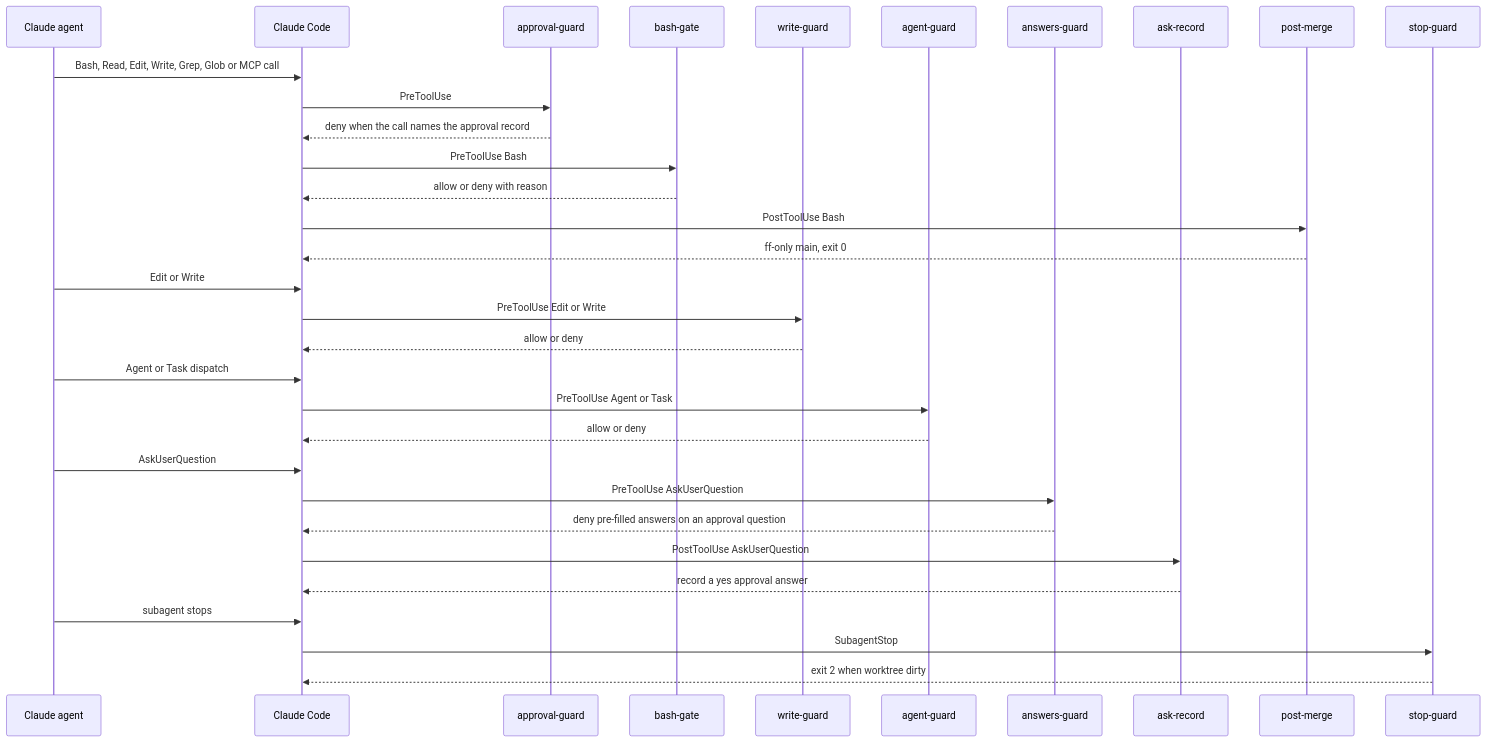
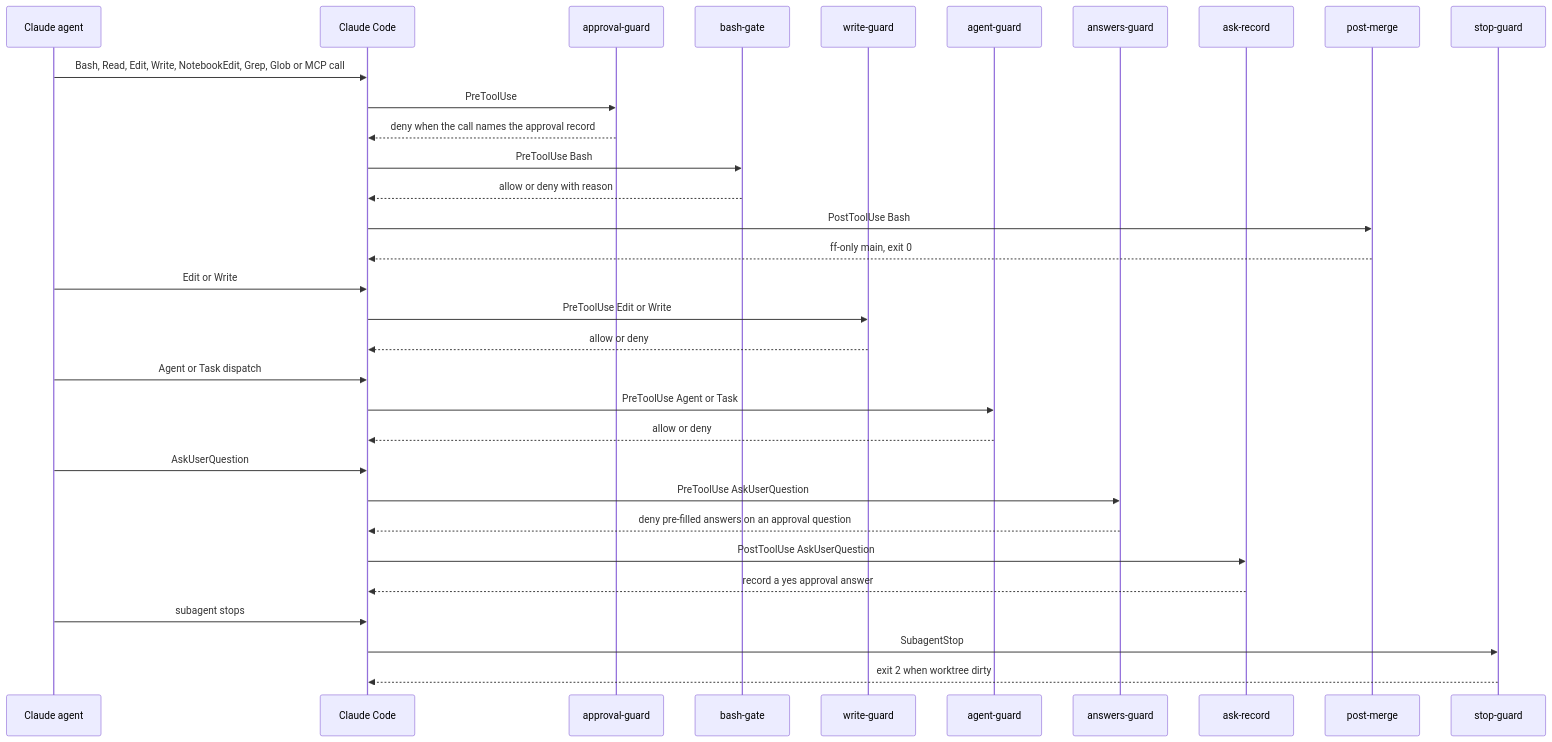
Before and after one commit to mfittko/dev-loops: diagram 11 of 16 in docs/atlas/06-integrations.md, drawn with Mermaid. The commit also changed 7 other files, not shown here.

First line of the commit message:
docs(atlas): fix d101 proof indentation, add NotebookEdit, drop contrast clauses

````diff
--- a/docs/atlas/06-integrations.md
+++ b/docs/atlas/06-integrations.md
@@ -359,34 +359,34 @@
 ```mermaid
 sequenceDiagram
   participant A as Claude agent
   participant CC as Claude Code
   participant AP as approval-guard
   participant BG as bash-gate
   participant WG as write-guard
   participant AG as agent-guard
   participant AQ as answers-guard
   participant AR as ask-record
   participant PM as post-merge
   participant SS as stop-guard
-  A->>CC: Bash, Read, Edit, Write, Grep, Glob or MCP call
+  A->>CC: Bash, Read, Edit, Write, NotebookEdit, Grep, Glob or MCP call
   CC->>AP: PreToolUse
   AP-->>CC: deny when the call names the approval record
   CC->>BG: PreToolUse Bash
   BG-->>CC: allow or deny with reason
   CC->>PM: PostToolUse Bash
   PM-->>CC: ff-only main, exit 0
   A->>CC: Edit or Write
   CC->>WG: PreToolUse Edit or Write
   WG-->>CC: allow or deny
   A->>CC: Agent or Task dispatch
   CC->>AG: PreToolUse Agent or Task
   AG-->>CC: allow or deny
   A->>CC: AskUserQuestion
   CC->>AQ: PreToolUse AskUserQuestion
   AQ-->>CC: deny pre-filled answers on an approval question
   CC->>AR: PostToolUse AskUserQuestion
   AR-->>CC: record a yes approval answer
   A->>CC: subagent stops
   CC->>SS: SubagentStop
   SS-->>CC: exit 2 when worktree dirty
 ```
````
